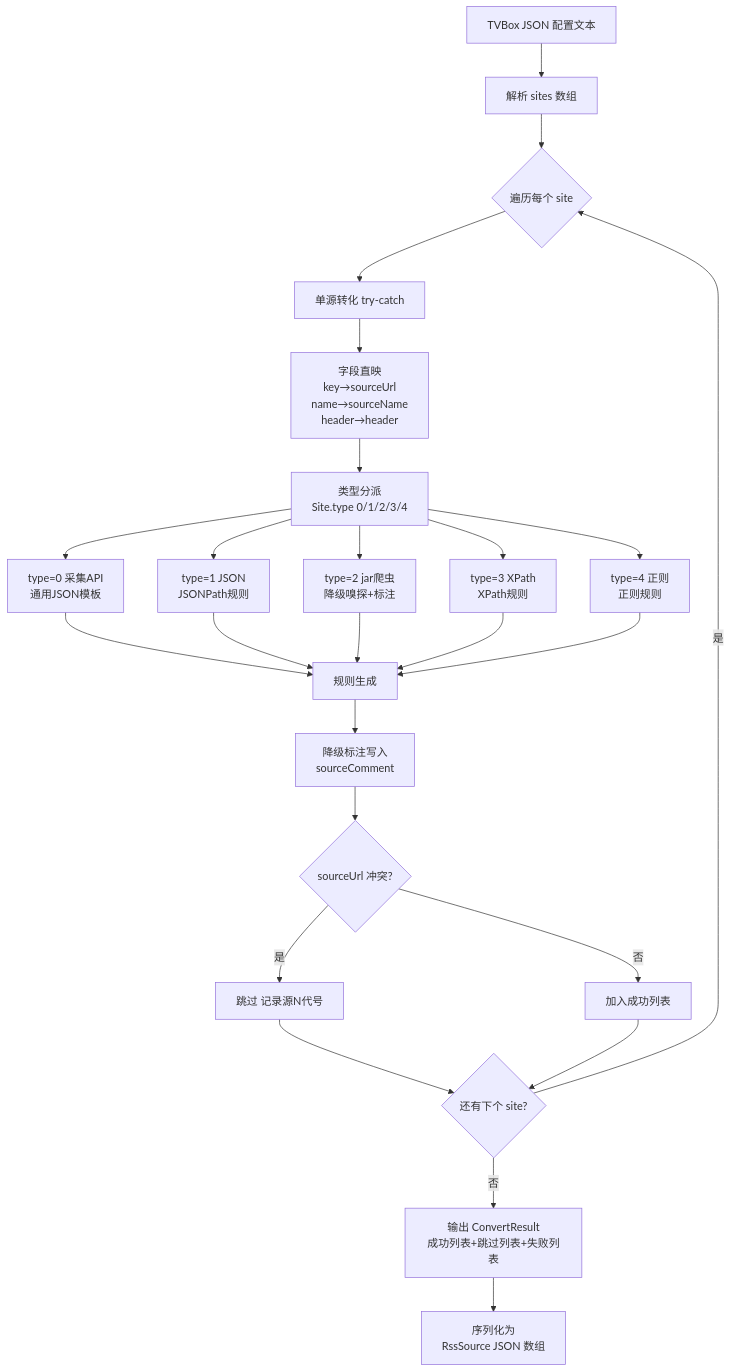
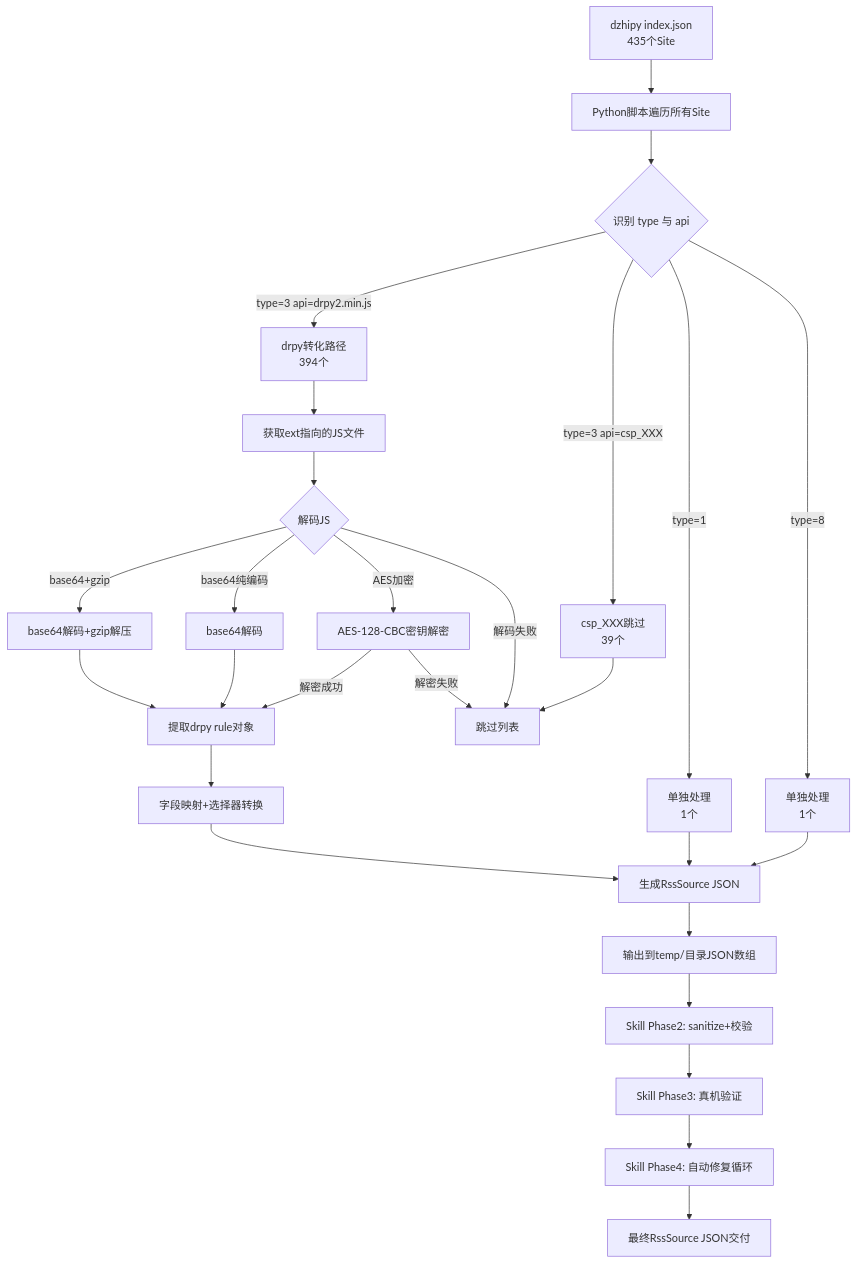
The first of 5 diagrams in docs/specs/tvbox-source-converter/design.md (legado-backup/legado-m), drawn with Mermaid before and after one commit. The commit also changed other lines of this file and 55 other files, not shown here.

````diff
--- a/docs/specs/tvbox-source-converter/design.md
+++ b/docs/specs/tvbox-source-converter/design.md
@@ -158,27 +595,29 @@
 ```mermaid
 flowchart TD
-    A[TVBox JSON 配置文本] --> B[解析 sites 数组]
-    B --> C{遍历每个 site}
-    C --> D[单源转化 try-catch]
-    D --> E[字段直映<br/>key→sourceUrl<br/>name→sourceName<br/>header→header]
-    E --> F[类型分派<br/>Site.type 0/1/2/3/4]
-    F --> G0[type=0 采集API<br/>通用JSON模板]
-    F --> G1[type=1 JSON<br/>JSONPath规则]
-    F --> G2[type=2 jar爬虫<br/>降级嗅探+标注]
-    F --> G3[type=3 XPath<br/>XPath规则]
-    F --> G4[type=4 正则<br/>正则规则]
-    G0 --> H[规则生成]
-    G1 --> H
-    G2 --> H
-    G3 --> H
-    G4 --> H
-    H --> I[降级标注写入<br/>sourceComment]
-    I --> J{sourceUrl 冲突?}
-    J -- 是 --> K[跳过 记录源N代号]
-    J -- 否 --> L[加入成功列表]
-    K --> M{还有下个 site?}
-    L --> M
-    M -- 是 --> C
-    M -- 否 --> N[输出 ConvertResult<br/>成功列表+跳过列表+失败列表]
-    N --> O[序列化为<br/>RssSource JSON 数组]
+    A[dzhipy index.json<br/>435个Site] --> B[Python脚本遍历所有Site]
+    B --> C{识别 type 与 api}
+    C -->|type=3 api=drpy2.min.js| D[drpy转化路径<br/>394个]
+    C -->|type=3 api=csp_XXX| E[csp_XXX跳过<br/>39个]
+    C -->|type=1| F[单独处理<br/>1个]
+    C -->|type=8| G[单独处理<br/>1个]
+    D --> H[获取ext指向的JS文件]
+    H --> I{解码JS}
+    I -->|base64+gzip| J1[base64解码+gzip解压]
+    I -->|base64纯编码| J2[base64解码]
+    I -->|AES加密| J3[AES-128-CBC密钥解密]
+    I -->|解码失败| K[跳过列表]
+    J1 --> L[提取drpy rule对象]
+    J2 --> L
+    J3 -->|解密成功| L
+    J3 -->|解密失败| K
+    L --> M[字段映射+选择器转换]
+    M --> N[生成RssSource JSON]
+    N --> O[输出到temp/目录JSON数组]
+    E --> K
+    F --> N
+    G --> N
+    O --> P[Skill Phase2: sanitize+校验]
+    P --> Q[Skill Phase3: 真机验证]
+    Q --> R[Skill Phase4: 自动修复循环]
+    R --> S[最终RssSource JSON交付]
 ```
````
